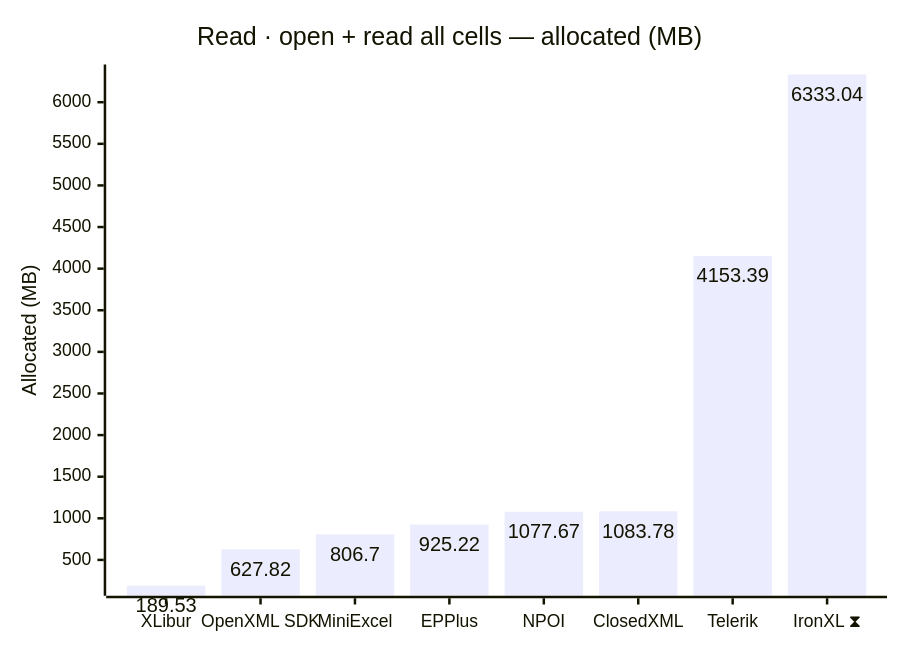
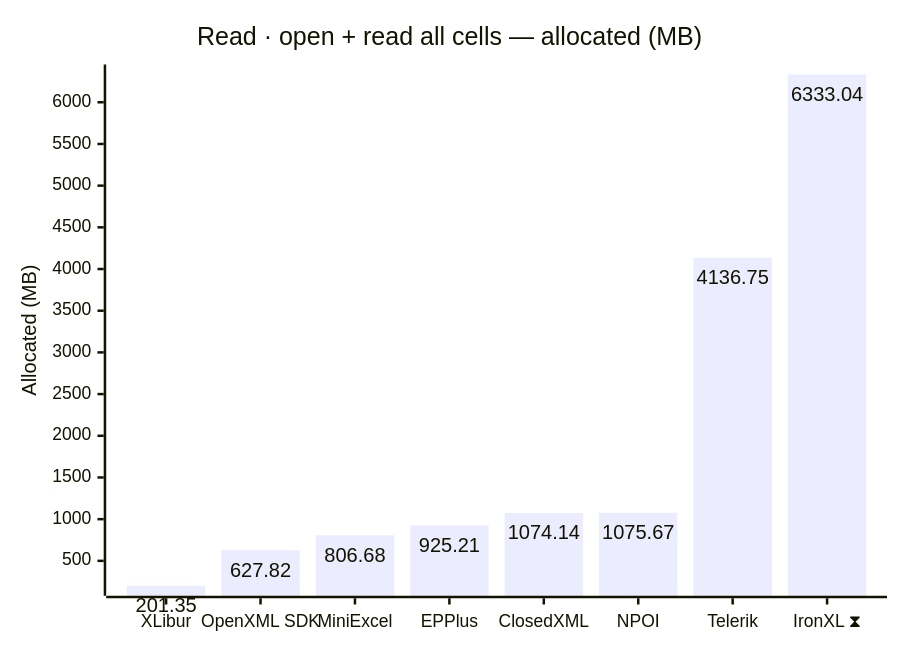
Before and after one commit to jafin/XLBench: the fourth of 12 diagrams in docs/results.md, drawn with Mermaid. The commit also changed other lines of this file and 4 other files, not shown here.

First line of the commit message:
Bump EPPlus, NPOI, XLibur, Telerik and publish full-fidelity results (#32)

````diff
--- a/docs/results.md
+++ b/docs/results.md
@@ -79,12 +79,12 @@
 ```mermaid
 ---
 config:
   xyChart:
     showDataLabel: true
 ---
 xychart-beta
     title "Read · open + read all cells — allocated (MB)"
-    x-axis ["XLibur", "OpenXML SDK", "MiniExcel", "EPPlus", "NPOI", "ClosedXML", "Telerik", "IronXL ⧗"]
+    x-axis ["XLibur", "OpenXML SDK", "MiniExcel", "EPPlus", "ClosedXML", "NPOI", "Telerik", "IronXL ⧗"]
     y-axis "Allocated (MB)"
-    bar [189.53, 627.82, 806.7, 925.22, 1077.67, 1083.78, 4153.39, 6333.04]
+    bar [201.35, 627.82, 806.68, 925.21, 1074.14, 1075.67, 4136.75, 6333.04]
 ```
````
